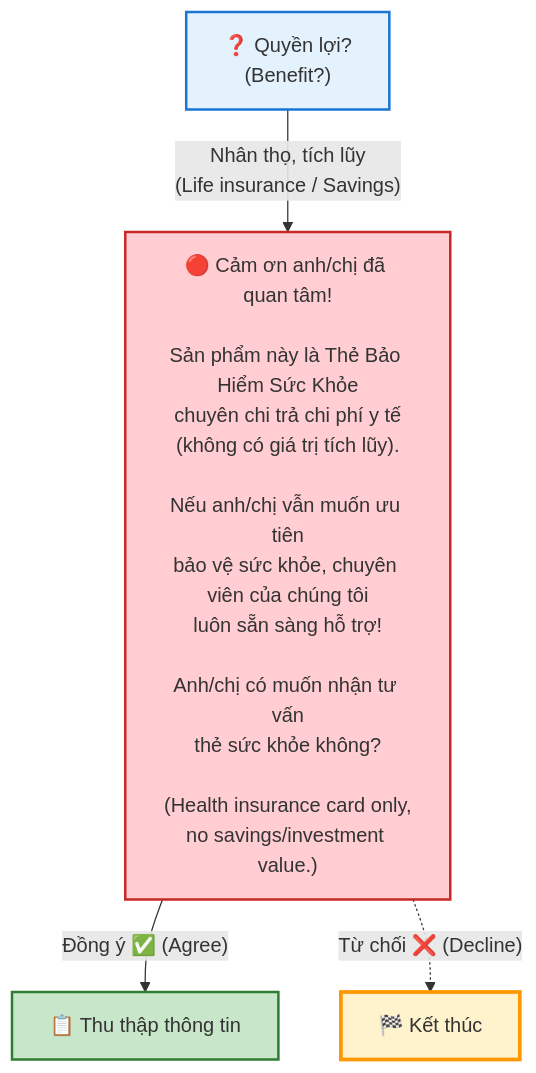
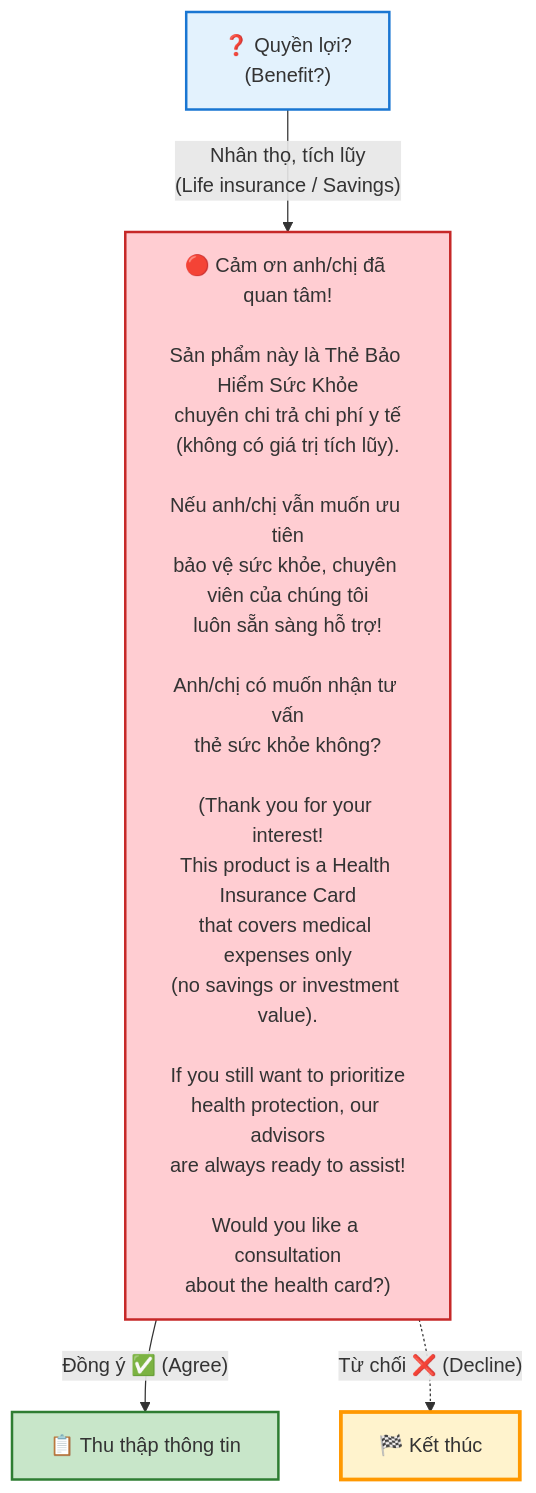
One commit to cafechungkhoan/ALCV_Automation changed the seventh of 7 diagrams in Conditional Form Workflow.md. Above: the diagram before and after it, drawn with Mermaid. The commit also changed other lines of this file, not shown here.

````diff
--- a/Conditional Form Workflow.md
+++ b/Conditional Form Workflow.md
@@ -157,12 +191,12 @@
 ```mermaid
 graph TD
-    Q2["❓ Quyền lợi?<br/>(Benefit?)"]:::question -->|"Nhân thọ, tích lũy<br/>(Life insurance / Savings)"| NOTICE["🔴 Cảm ơn anh/chị đã quan tâm!<br/><br/>Sản phẩm này là Thẻ Bảo Hiểm Sức Khỏe<br/>chuyên chi trả chi phí y tế<br/>(không có giá trị tích lũy).<br/><br/>Nếu anh/chị vẫn muốn ưu tiên<br/>bảo vệ sức khỏe, chuyên viên của chúng tôi<br/>luôn sẵn sàng hỗ trợ!<br/><br/>Anh/chị có muốn nhận tư vấn<br/>thẻ sức khỏe không?<br/><br/>(Health insurance card only,<br/>no savings/investment value.)"]:::rejected
+    Q2["❓ Quyền lợi?<br/>(Benefit?)"]:::question -->|"Nhân thọ, tích lũy<br/>(Life insurance / Savings)"| NOTICE["🔴 Cảm ơn anh/chị đã quan tâm!<br/><br/>Sản phẩm này là Thẻ Bảo Hiểm Sức Khỏe<br/>chuyên chi trả chi phí y tế<br/>(không có giá trị tích lũy).<br/><br/>Nếu anh/chị vẫn muốn ưu tiên<br/>bảo vệ sức khỏe, chuyên viên của chúng tôi<br/>luôn sẵn sàng hỗ trợ!<br/><br/>Anh/chị có muốn nhận tư vấn<br/>thẻ sức khỏe không?<br/><br/>(Thank you for your interest!<br/>This product is a Health Insurance Card<br/>that covers medical expenses only<br/>(no savings or investment value).<br/><br/>If you still want to prioritize<br/>health protection, our advisors<br/>are always ready to assist!<br/><br/>Would you like a consultation<br/>about the health card?)"]:::rejected
 
     NOTICE -->|"Đồng ý ✅ (Agree)"| COLLECT["📋 Thu thập thông tin"]:::happy
     NOTICE -.->|"Từ chối ❌ (Decline)"| END_NODE["🏁 Kết thúc"]:::start
 
     classDef question fill:#e3f2fd,stroke:#1976d2,stroke-width:2px,color:#333
     classDef rejected fill:#ffcdd2,stroke:#c62828,stroke-width:2px,color:#333
     classDef happy fill:#c8e6c9,stroke:#2e7d32,stroke-width:2px,color:#333
     classDef start fill:#fff3cd,stroke:#ff9800,stroke-width:3px,color:#333
 ```
````
